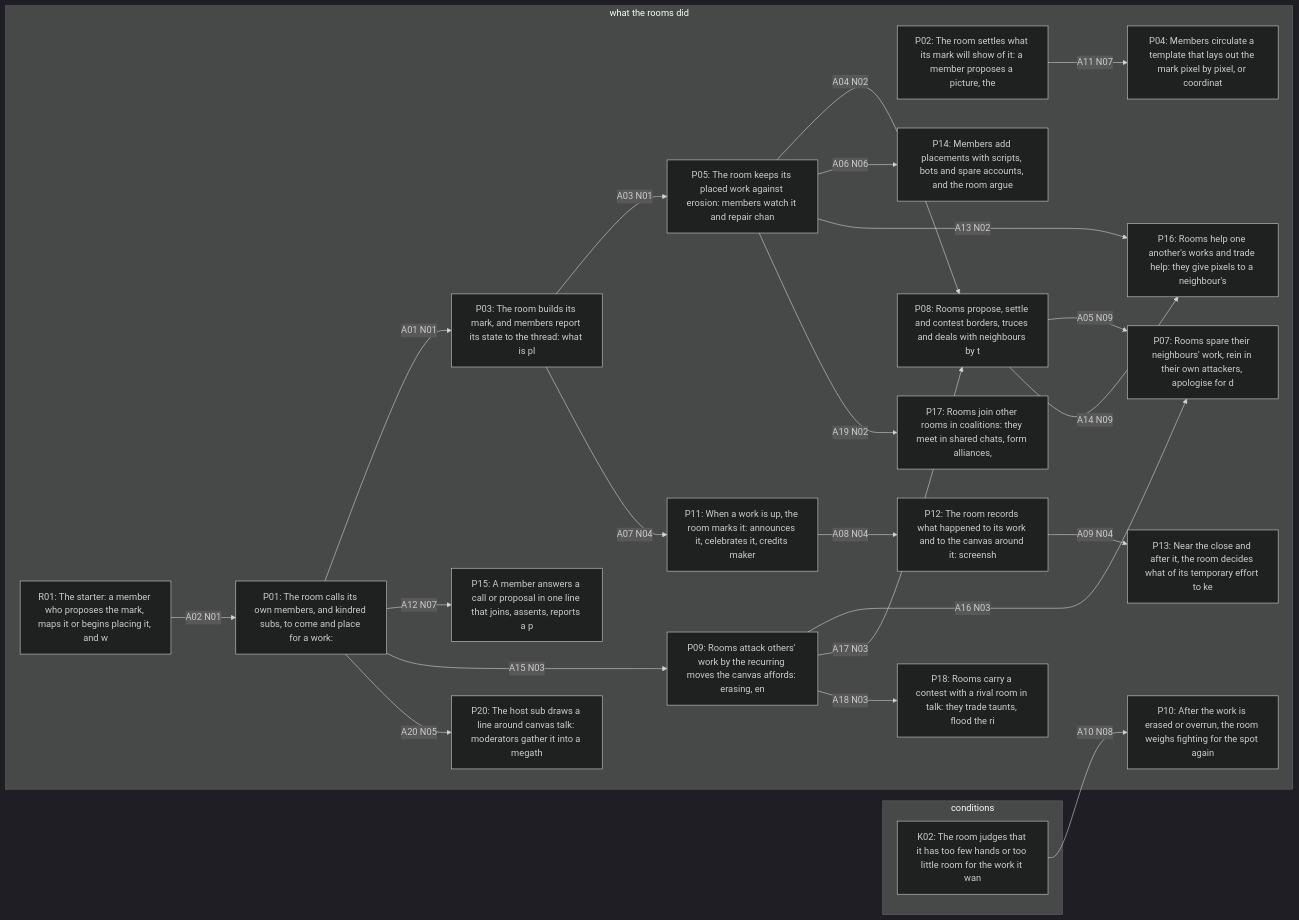
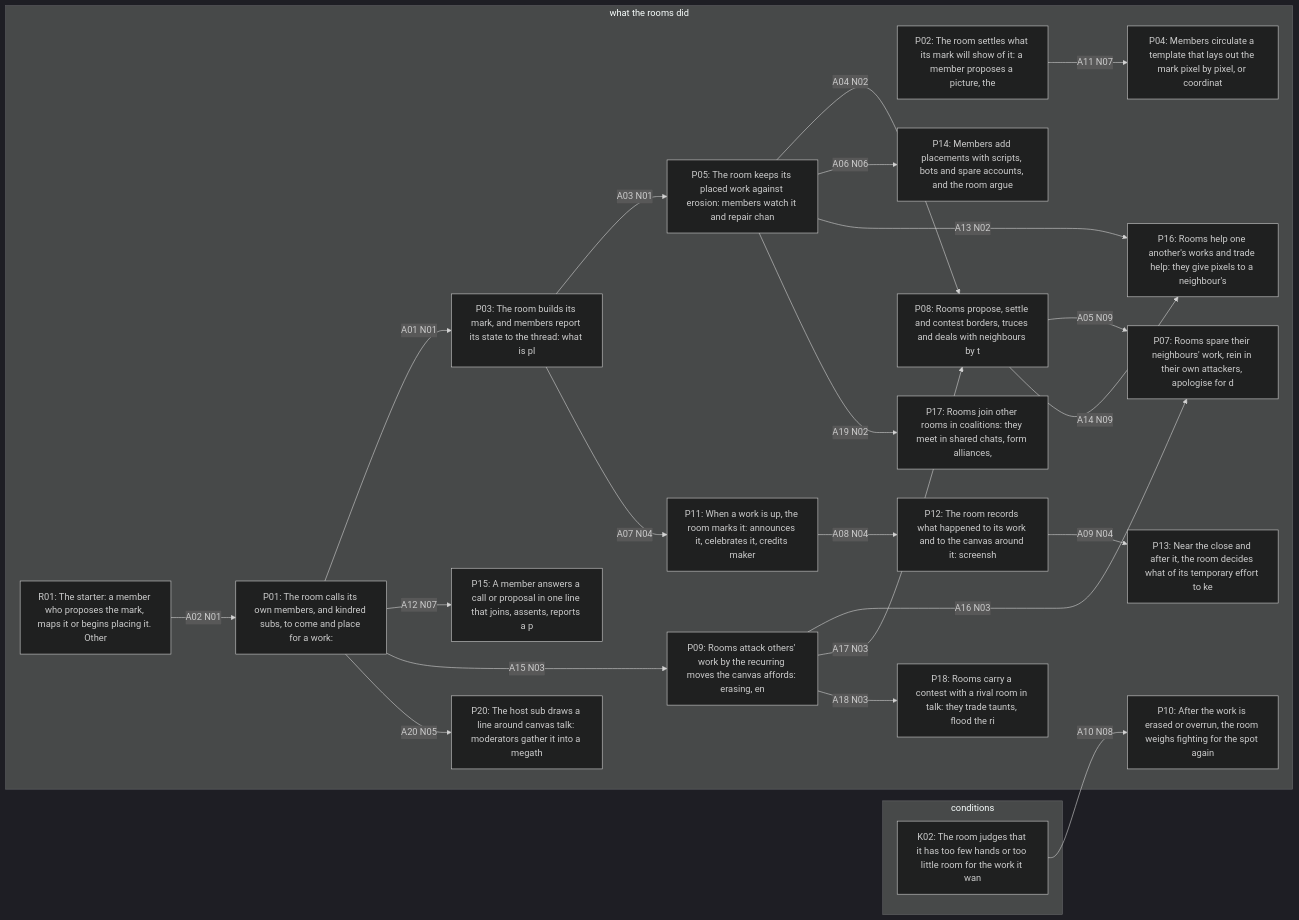
Before and after one commit to jparrieta/r-place: the second of 2 diagrams in aggregator/runs/claude-v43-1/00_GIVE-THE-AGENT/out/_views/figure-model.md, drawn with Mermaid (dark theme). The commit also changed other lines of this file and 843 other files, not shown here.

````diff
--- a/aggregator/runs/claude-v43-1/00_GIVE-THE-AGENT/out/_views/figure-model.md
+++ b/aggregator/runs/claude-v43-1/00_GIVE-THE-AGENT/out/_views/figure-model.md
@@ -56,47 +56,47 @@
 ```mermaid
 flowchart LR
   subgraph conditions["conditions"]
     K02["K02: The room judges that it has too few hands or too little room for the work it wan"]
   end
   subgraph what_the_rooms_did["what the rooms did"]
     P01["P01: The room calls its own members, and kindred subs, to come and place for a work: "]
     P02["P02: The room settles what its mark will show of it: a member proposes a picture, the"]
     P03["P03: The room builds its mark, and members report its state to the thread: what is pl"]
     P04["P04: Members circulate a template that lays out the mark pixel by pixel, or coordinat"]
     P05["P05: The room keeps its placed work against erosion: members watch it and repair chan"]
     P07["P07: Rooms spare their neighbours' work, rein in their own attackers, apologise for d"]
     P08["P08: Rooms propose, settle and contest borders, truces and deals with neighbours by t"]
     P09["P09: Rooms attack others' work by the recurring moves the canvas affords: erasing, en"]
     P10["P10: After the work is erased or overrun, the room weighs fighting for the spot again"]
     P11["P11: When a work is up, the room marks it: announces it, celebrates it, credits maker"]
     P12["P12: The room records what happened to its work and to the canvas around it: screensh"]
     P13["P13: Near the close and after it, the room decides what of its temporary effort to ke"]
     P14["P14: Members add placements with scripts, bots and spare accounts, and the room argue"]
     P15["P15: A member answers a call or proposal in one line that joins, assents, reports a p"]
     P16["P16: Rooms help one another's works and trade help: they give pixels to a neighbour's"]
     P17["P17: Rooms join other rooms in coalitions: they meet in shared chats, form alliances,"]
     P18["P18: Rooms carry a contest with a rival room in talk: they trade taunts, flood the ri"]
     P20["P20: The host sub draws a line around canvas talk: moderators gather it into a megath"]
-    R01["R01: The starter: a member who proposes the mark, maps it or begins placing it, and w"]
+    R01["R01: The starter: a member who proposes the mark, maps it or begins placing it. Other"]
   end
   P01 -->|"A01 N01"| P03
   R01 -->|"A02 N01"| P01
   P03 -->|"A03 N01"| P05
   P05 -->|"A04 N02"| P08
   P08 -->|"A05 N09"| P07
   P05 -->|"A06 N06"| P14
   P03 -->|"A07 N04"| P11
   P11 -->|"A08 N04"| P12
   P12 -->|"A09 N04"| P13
   K02 -->|"A10 N08"| P10
   P02 -->|"A11 N07"| P04
   P01 -->|"A12 N07"| P15
   P05 -->|"A13 N02"| P16
   P08 -->|"A14 N09"| P16
   P01 -->|"A15 N03"| P09
   P09 -->|"A16 N03"| P07
   P09 -->|"A17 N03"| P08
   P09 -->|"A18 N03"| P18
   P05 -->|"A19 N02"| P17
   P01 -->|"A20 N05"| P20
 ```
````
